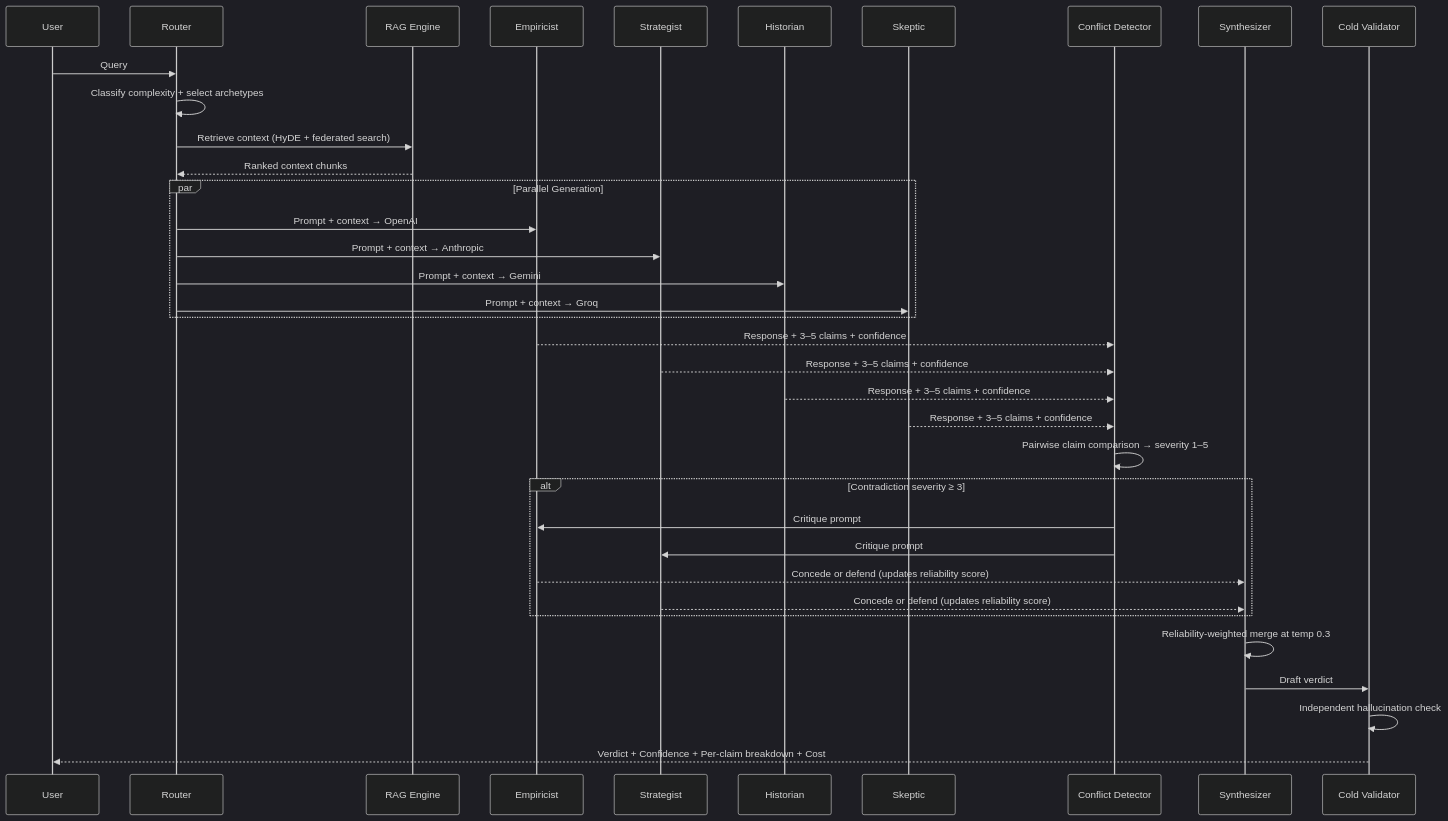
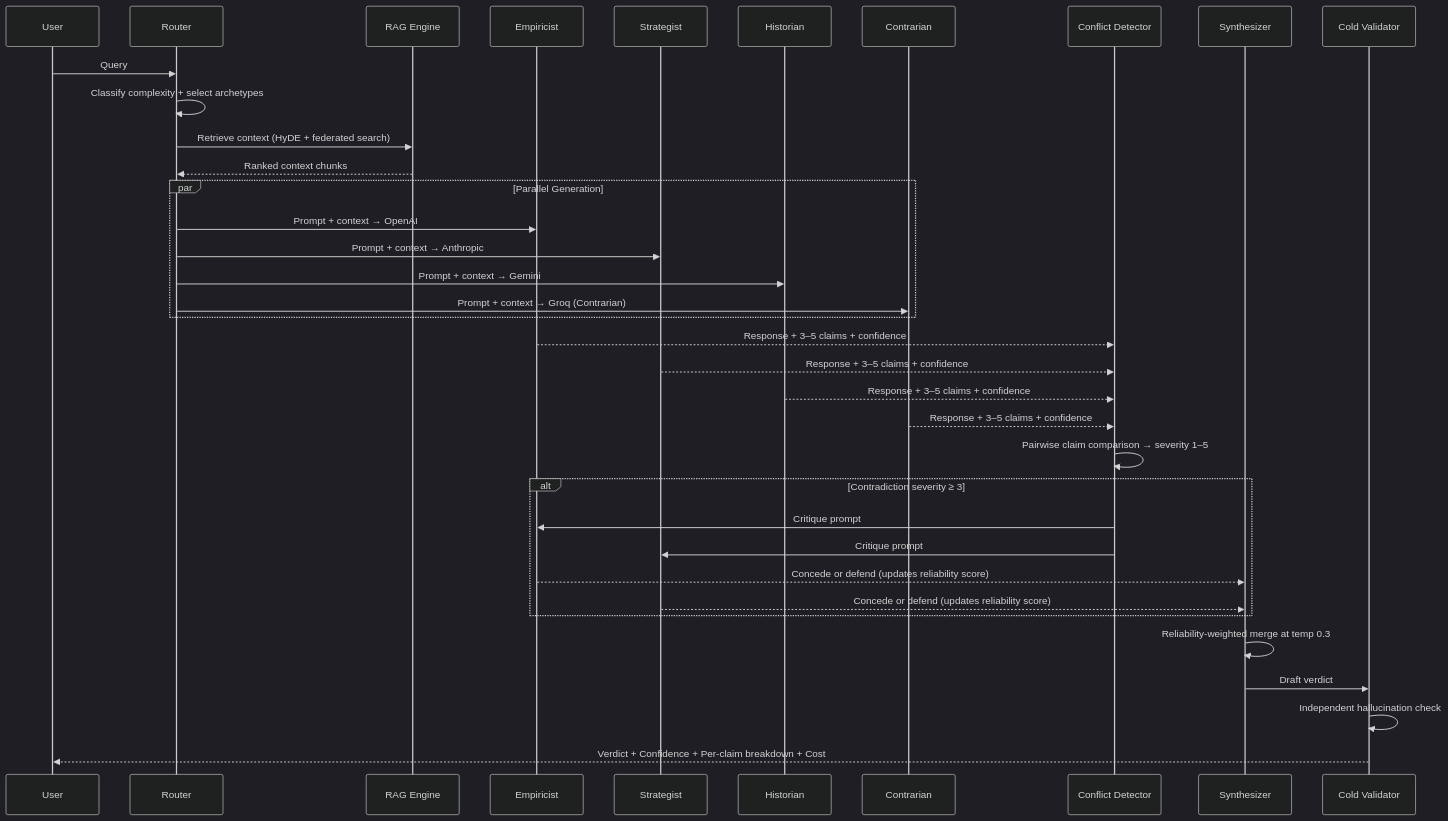
Before and after one commit to Yash-Awasthi/Judica: the first of 2 diagrams in README.md, drawn with Mermaid (dark theme). The commit also changed other lines of this file and 8 other files, not shown here.

````diff
--- a/README.md
+++ b/README.md
@@ -45,44 +45,44 @@
 ```mermaid
 sequenceDiagram
     participant U as User
     participant R as Router
     participant RAG as RAG Engine
     participant A1 as Empiricist
     participant A2 as Strategist
     participant A3 as Historian
-    participant A4 as Skeptic
+    participant A4 as Contrarian
     participant CD as Conflict Detector
     participant S as Synthesizer
     participant V as Cold Validator
 
     U->>R: Query
     R->>R: Classify complexity + select archetypes
     R->>RAG: Retrieve context (HyDE + federated search)
     RAG-->>R: Ranked context chunks
 
     par Parallel Generation
         R->>A1: Prompt + context → OpenAI
         R->>A2: Prompt + context → Anthropic
         R->>A3: Prompt + context → Gemini
-        R->>A4: Prompt + context → Groq
+        R->>A4: Prompt + context → Groq (Contrarian)
     end
 
     A1-->>CD: Response + 3–5 claims + confidence
     A2-->>CD: Response + 3–5 claims + confidence
     A3-->>CD: Response + 3–5 claims + confidence
     A4-->>CD: Response + 3–5 claims + confidence
 
     CD->>CD: Pairwise claim comparison → severity 1–5
 
     alt Contradiction severity ≥ 3
         CD->>A1: Critique prompt
         CD->>A2: Critique prompt
         A1-->>S: Concede or defend (updates reliability score)
         A2-->>S: Concede or defend (updates reliability score)
     end
 
     S->>S: Reliability-weighted merge at temp 0.3
     S->>V: Draft verdict
     V->>V: Independent hallucination check
     V-->>U: Verdict + Confidence + Per-claim breakdown + Cost
 ```
````
